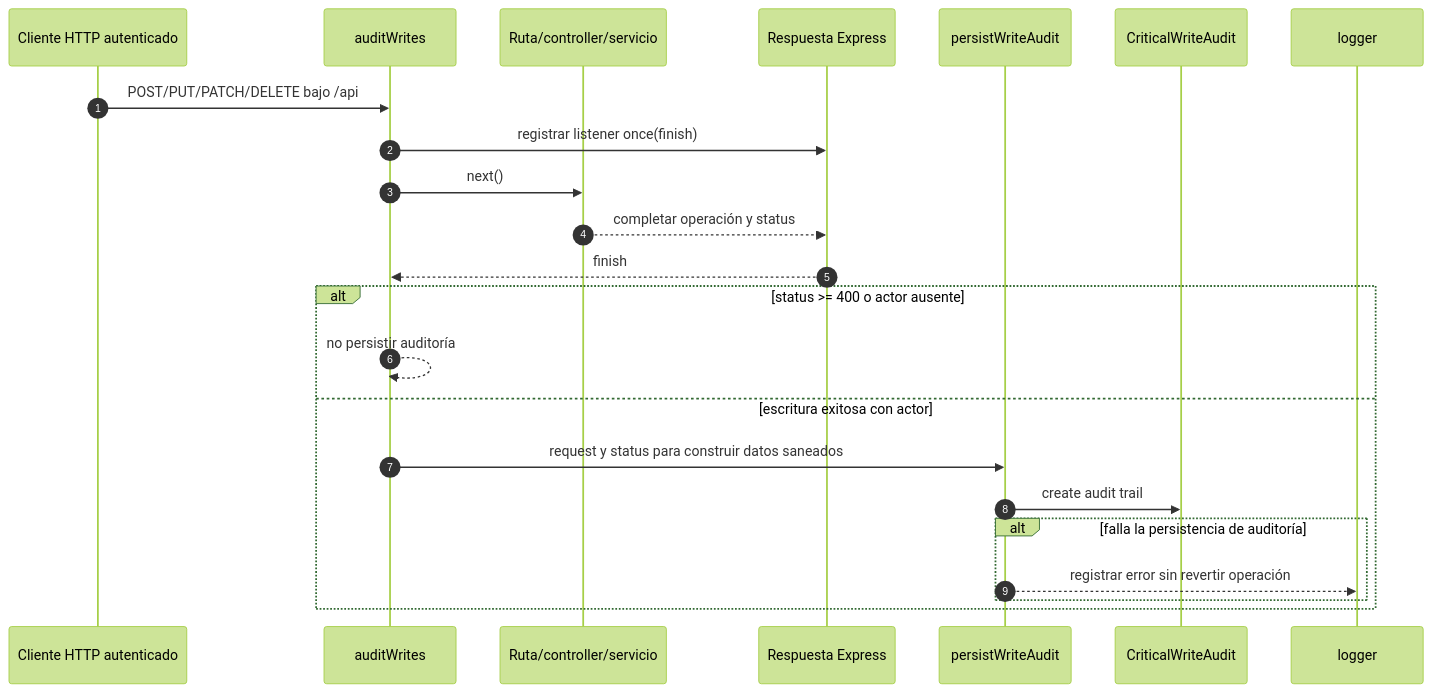
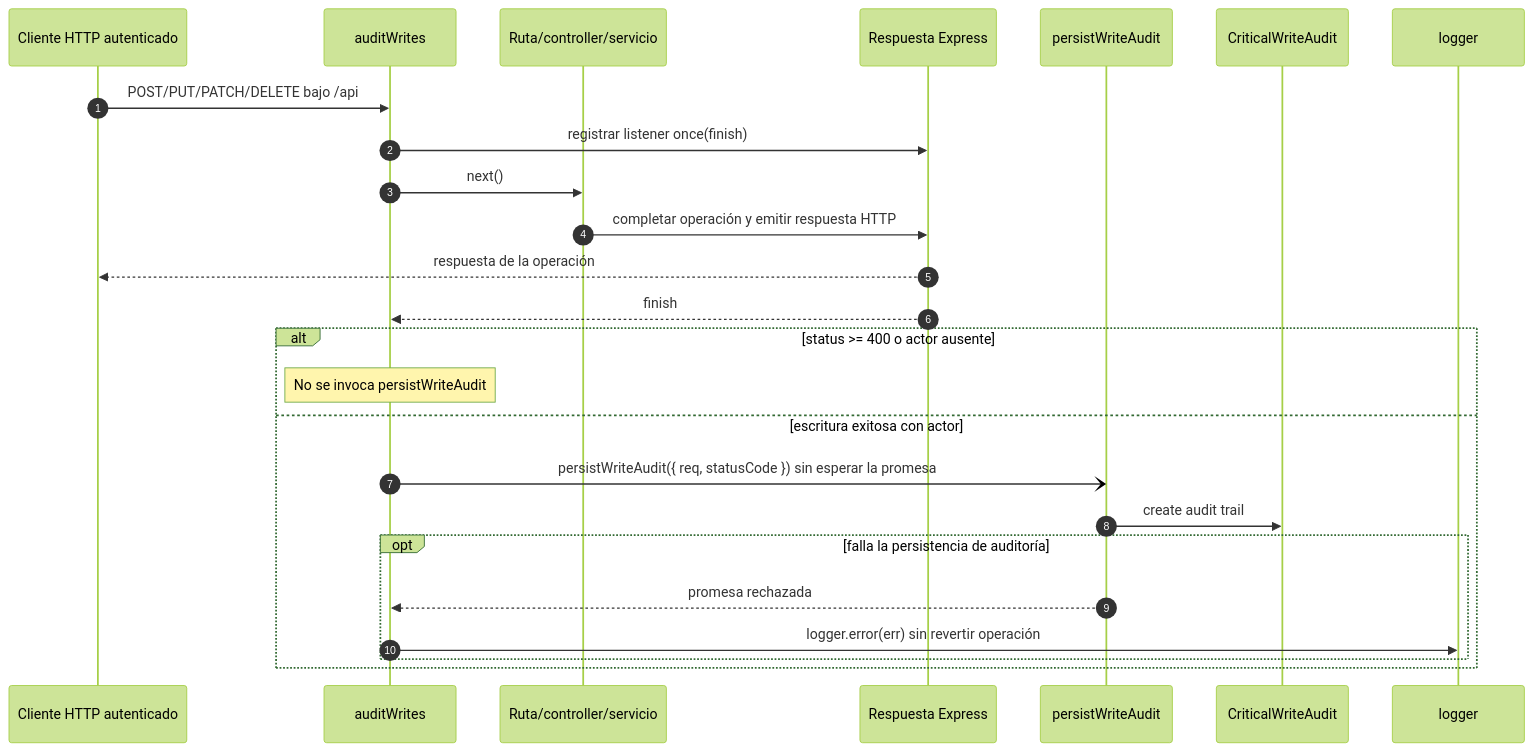
Before and after one commit to gpgsistemas01/nexus: the fifth of 7 diagrams in docs/architecture/views/development/backend-technical-documentation/02-views-technical-applied.md, drawn with Mermaid (forest theme). The commit also changed other lines of this file and 132 other files, not shown here.

````diff
--- a/docs/architecture/views/development/backend-technical-documentation/02-views-technical-applied.md
+++ b/docs/architecture/views/development/backend-technical-documentation/02-views-technical-applied.md
@@ -141,26 +141,28 @@
 ```mermaid
 sequenceDiagram
     autonumber
     participant Browser as Cliente HTTP autenticado
     participant Audit as auditWrites
     participant Route as Ruta/controller/servicio
     participant Response as Respuesta Express
     participant AuditService as persistWriteAudit
     participant Prisma as CriticalWriteAudit
     participant Logger as logger
 
     Browser->>Audit: POST/PUT/PATCH/DELETE bajo /api
     Audit->>Response: registrar listener once(finish)
     Audit->>Route: next()
-    Route-->>Response: completar operación y status
+    Route->>Response: completar operación y emitir respuesta HTTP
+    Response-->>Browser: respuesta de la operación
     Response-->>Audit: finish
     alt status >= 400 o actor ausente
-        Audit-->>Audit: no persistir auditoría
+        Note over Audit: No se invoca persistWriteAudit
     else escritura exitosa con actor
-        Audit->>AuditService: request y status para construir datos saneados
+        Audit-)AuditService: persistWriteAudit({ req, statusCode }) sin esperar la promesa
         AuditService->>Prisma: create audit trail
-        alt falla la persistencia de auditoría
-            AuditService-->>Logger: registrar error sin revertir operación
+        opt falla la persistencia de auditoría
+            AuditService-->>Audit: promesa rechazada
+            Audit->>Logger: logger.error(err) sin revertir operación
         end
     end
 ```
````
